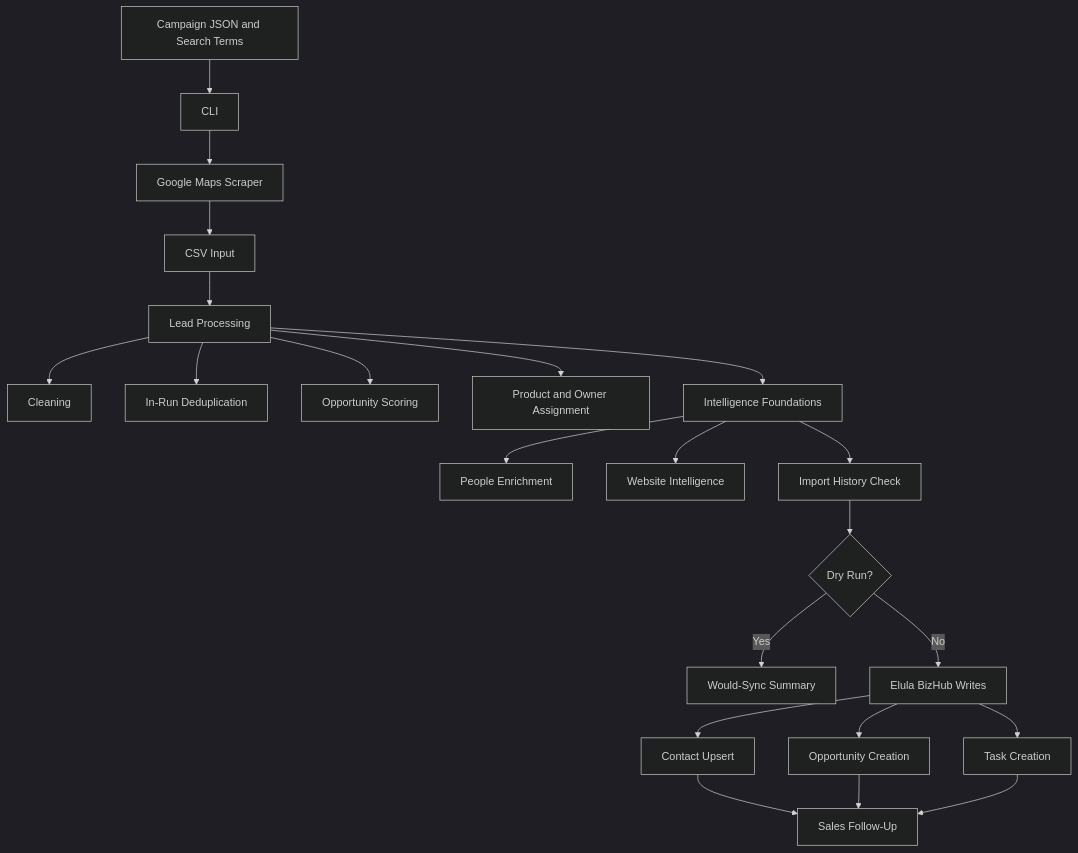
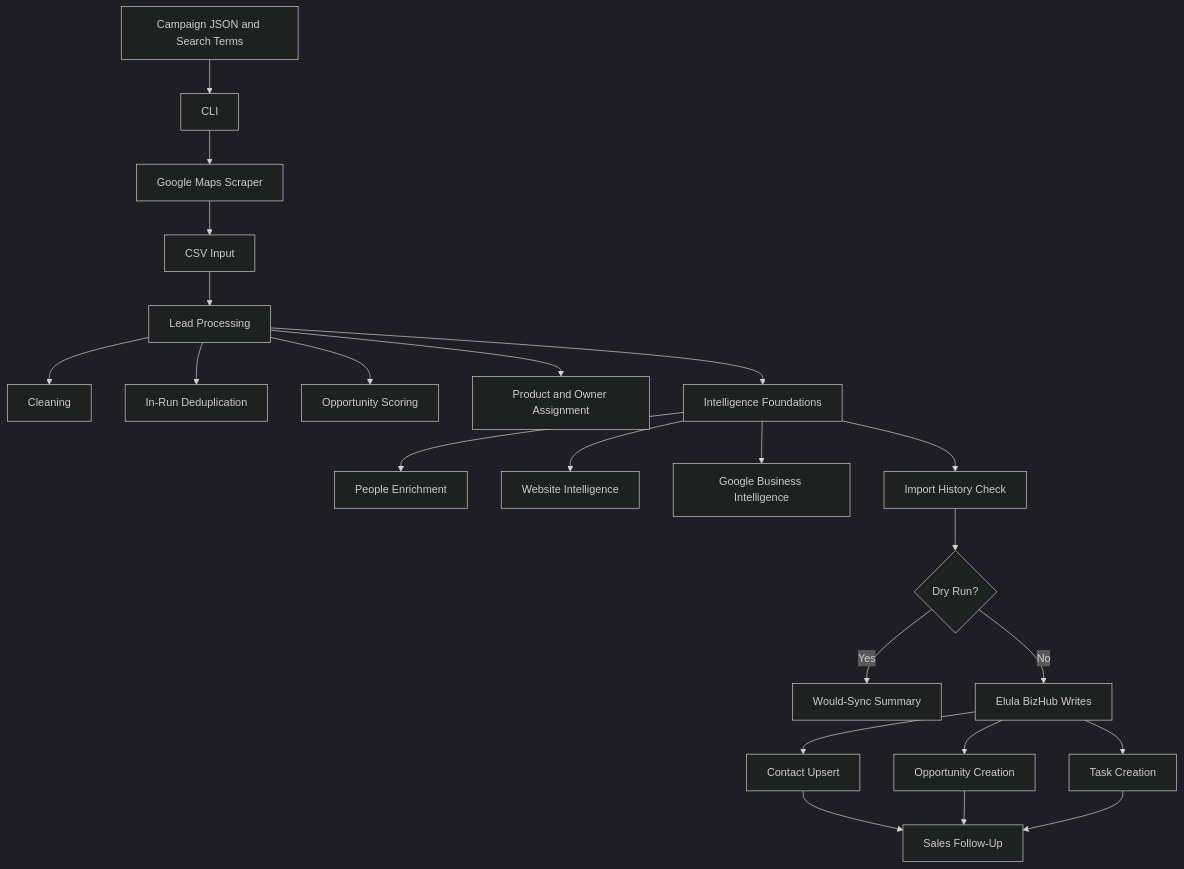
Before and after one commit to GAMAPRO1972/elula-prospect-engine: the second of 3 diagrams in docs/ARCHITECTURE.md, drawn with Mermaid (dark theme). The commit also changed other lines of this file and 21 other files, not shown here.

Commit message:
Release v0.5.0 Google Business Profile Intelligence

````diff
--- a/docs/ARCHITECTURE.md
+++ b/docs/ARCHITECTURE.md
@@ -19,24 +19,25 @@
 ```mermaid
 flowchart TD
     A["Campaign JSON and Search Terms"] --> B["CLI"]
     B --> C["Google Maps Scraper"]
     C --> D["CSV Input"]
     D --> E["Lead Processing"]
     E --> E1["Cleaning"]
     E --> E2["In-Run Deduplication"]
     E --> E3["Opportunity Scoring"]
     E --> E4["Product and Owner Assignment"]
     E --> F["Intelligence Foundations"]
     F --> F1["People Enrichment"]
     F --> F2["Website Intelligence"]
+    F --> F3["Google Business Intelligence"]
     F --> G["Import History Check"]
     G --> H{"Dry Run?"}
     H -->|"Yes"| I["Would-Sync Summary"]
     H -->|"No"| J["Elula BizHub Writes"]
     J --> K["Contact Upsert"]
     J --> L["Opportunity Creation"]
     J --> M["Task Creation"]
     K --> N["Sales Follow-Up"]
     L --> N
     M --> N
 ```
````
